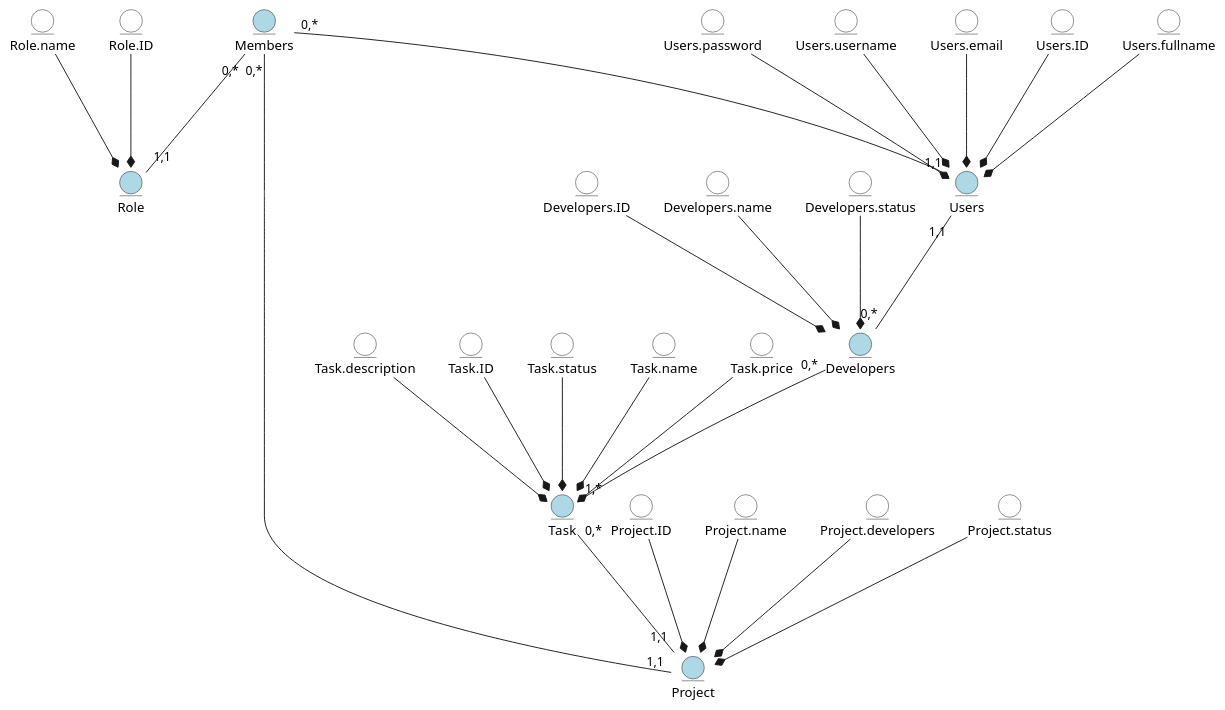
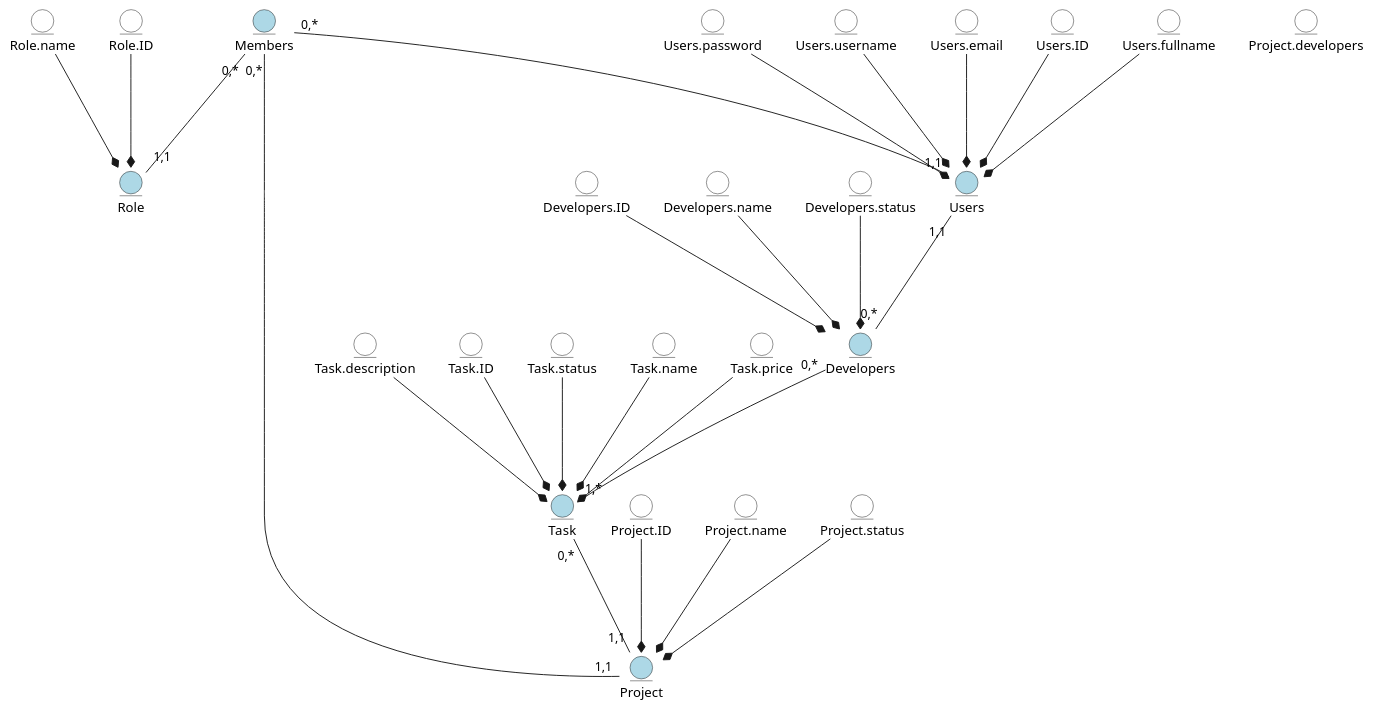
The first of 2 diagrams in docs/design/README.md (vlad13242/TaskForge), drawn with PlantUML before and after one commit. The commit also changed 1 other file, not shown here.

Commit message:
changed lab4

```diff
--- a/docs/design/README.md
+++ b/docs/design/README.md
@@ -4,65 +4,64 @@
 @startuml
 
       entity Users #ADD8E6
       entity Users.email #ffffff
       entity Users.ID #ffffff
       entity Users.fullname #ffffff
       entity Users.password #ffffff
       entity Users.username #ffffff
       
       entity Role #ADD8E6
       entity Role.name #ffffff
       entity Role.ID #ffffff
       
       entity Members #ADD8E6
       
       entity Developers #ADD8E6
       entity Developers.ID #ffffff
       entity Developers.name #ffffff
       entity Developers.status #ffffff
       
       entity Project #ADD8E6
       entity Project.ID #ffffff
       entity Project.name #ffffff
       entity Project.developers #ffffff
       entity Project.status #ffffff
       
       entity Task #ADD8E6
       entity Task.description #ffffff
       entity Task.ID #ffffff
       entity Task.status #ffffff
       entity Task.name #ffffff
       entity Task.price #ffffff
       
       Users.email --d-* Users
       Users.ID --d-* Users
       Users.fullname --d-* Users
       Users.password --d-* Users
       Users.username --d-* Users
        
       Project.ID --d-* Project
       Project.name --d-* Project
-      Project.developers --d-* Project
       Project.status --d-* Project
       
       Task.description --d-* Task
       Task.ID --d-* Task
       Task.status --d-* Task
       Task.name --d-* Task
       Task.price --d-* Task
 
       Developers.ID --d-* Developers
       Developers.name --d-* Developers
       Developers.status --d-* Developers
 
       Role.name --d-* Role
       Role.ID --d-* Role
 
       Users "1,1" --u-"0,*" Members
       Members "0,*" --u-"1,1" Project
       Project "1,1" --u-"0,*" Task
       Task "1,*" --u-"0,*" Developers
       Developers "0,*" --u-"1,1" Users
       Role "1,1" --u-"0,*" Members
 
 @enduml
```
